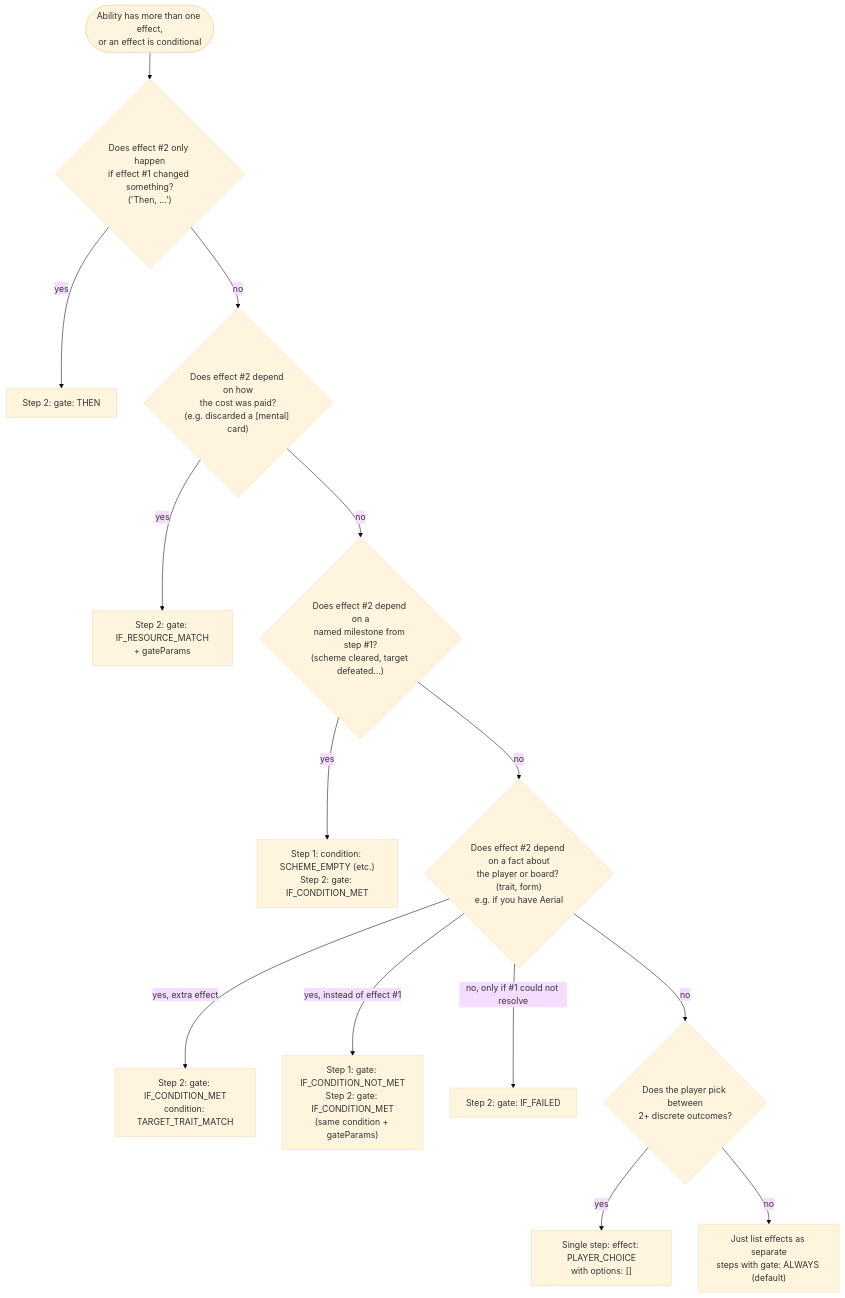
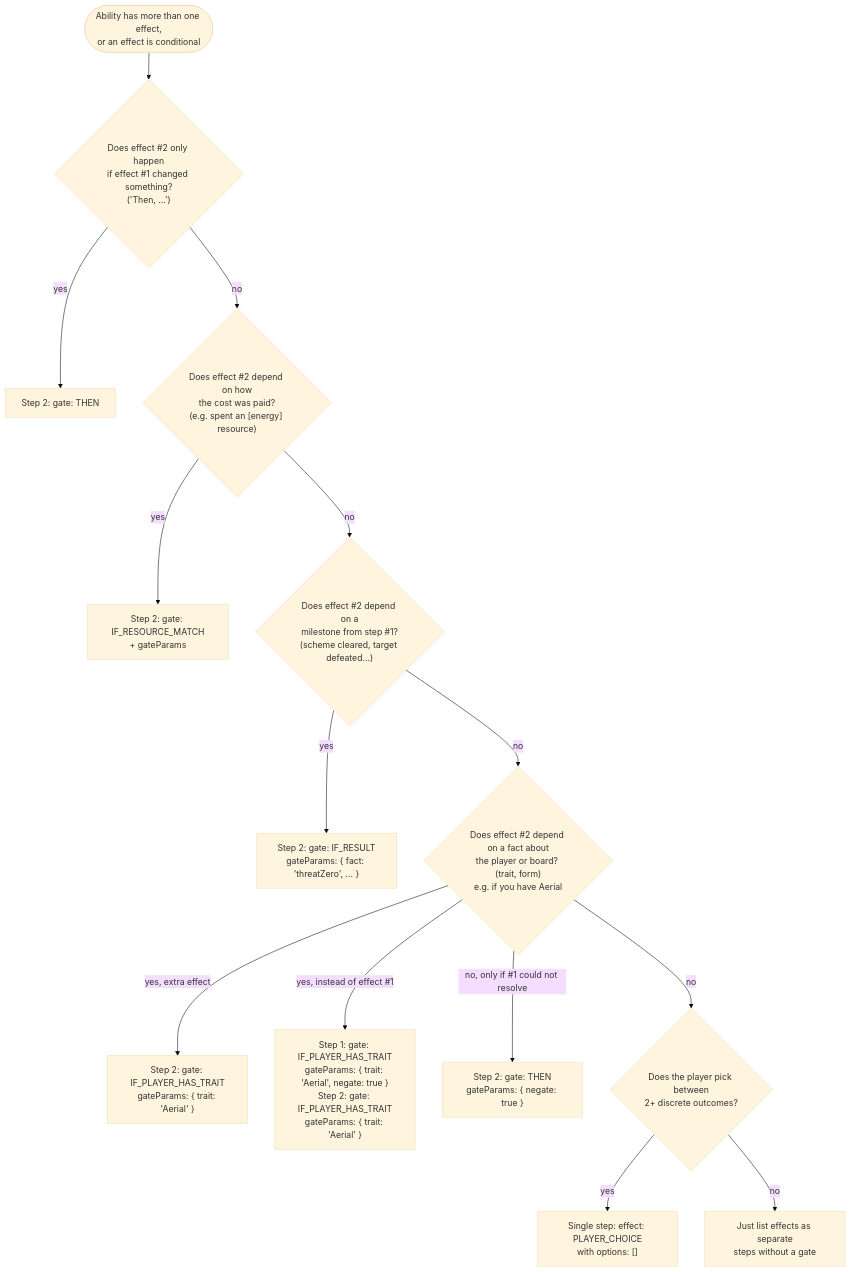
The third of 3 diagrams in docs/visual-guides/05-card-authoring-decision-guide.md (SteveRodrigue/MCD), drawn with Mermaid (base theme) before and after one commit. The commit also changed other lines of this file and 56 other files, not shown here.

Commit message:
refactor(engine): step gates and result facts (Fixes #289, Fixes #290)

````diff
--- a/docs/visual-guides/05-card-authoring-decision-guide.md
+++ b/docs/visual-guides/05-card-authoring-decision-guide.md
@@ -68,16 +68,16 @@
 ```mermaid
 flowchart TD
     Start(["Ability has more than one effect,<br/>or an effect is conditional"]) --> Q1{"Does effect #2 only happen<br/>if effect #1 changed something?<br/>('Then, ...')"}
     Q1 -->|yes| ThenGate["Step 2: gate: THEN"]
-    Q1 -->|no| Q2{"Does effect #2 depend on how<br/>the cost was paid?<br/>(e.g. discarded a [mental] card)"}
+    Q1 -->|no| Q2{"Does effect #2 depend on how<br/>the cost was paid?<br/>(e.g. spent an [energy] resource)"}
     Q2 -->|yes| ResGate["Step 2: gate: IF_RESOURCE_MATCH<br/>+ gateParams"]
-    Q2 -->|no| Q3{"Does effect #2 depend on a<br/>named milestone from step #1?<br/>(scheme cleared, target defeated...)"}
-    Q3 -->|yes| CondGate["Step 1: condition: SCHEME_EMPTY (etc.)<br/>Step 2: gate: IF_CONDITION_MET"]
+    Q2 -->|no| Q3{"Does effect #2 depend on a<br/>milestone from step #1?<br/>(scheme cleared, target defeated...)"}
+    Q3 -->|yes| ResultGate["Step 2: gate: IF_RESULT<br/>gateParams: { fact: 'threatZero', ... }"]
     Q3 -->|no| Q3b{"Does effect #2 depend on a fact about<br/>the player or board? (trait, form)<br/>e.g. if you have Aerial"}
-    Q3b -->|"yes, extra effect"| TraitMet["Step 2: gate: IF_CONDITION_MET<br/>condition: TARGET_TRAIT_MATCH"]
-    Q3b -->|"yes, instead of effect #1"| TraitNot["Step 1: gate: IF_CONDITION_NOT_MET<br/>Step 2: gate: IF_CONDITION_MET<br/>(same condition + gateParams)"]
-    Q3b -->|"no, only if #1 could not resolve"| FailGate["Step 2: gate: IF_FAILED"]
+    Q3b -->|"yes, extra effect"| TraitMet["Step 2: gate: IF_PLAYER_HAS_TRAIT<br/>gateParams: { trait: 'Aerial' }"]
+    Q3b -->|"yes, instead of effect #1"| TraitNot["Step 1: gate: IF_PLAYER_HAS_TRAIT<br/>gateParams: { trait: 'Aerial', negate: true }<br/>Step 2: gate: IF_PLAYER_HAS_TRAIT<br/>gateParams: { trait: 'Aerial' }"]
+    Q3b -->|"no, only if #1 could not resolve"| FailGate["Step 2: gate: THEN<br/>gateParams: { negate: true }"]
     Q3b -->|no| Q4{"Does the player pick between<br/>2+ discrete outcomes?"}
     Q4 -->|yes| Choice["Single step: effect: PLAYER_CHOICE<br/>with options: []"]
-    Q4 -->|no| Plain["Just list effects as separate<br/>steps with gate: ALWAYS (default)"]
+    Q4 -->|no| Plain["Just list effects as separate<br/>steps without a gate"]
 ```
````
